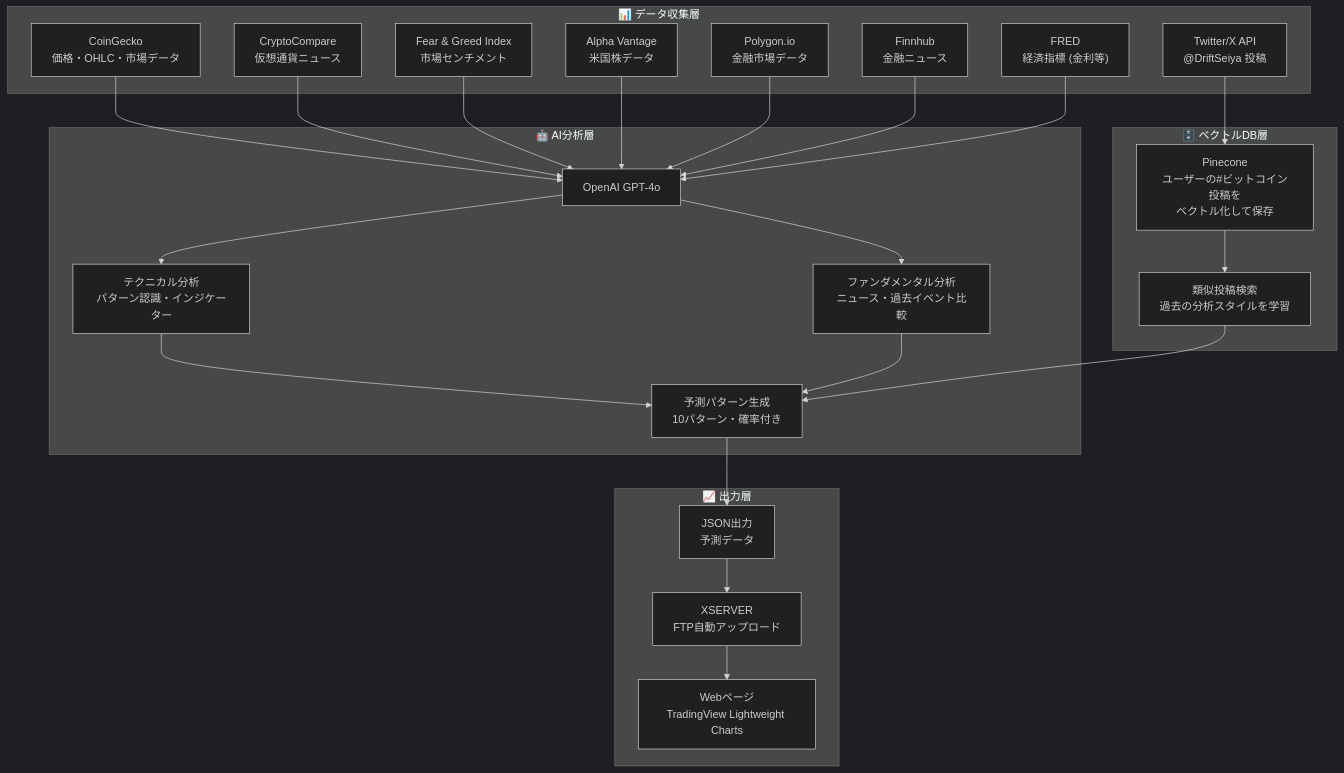
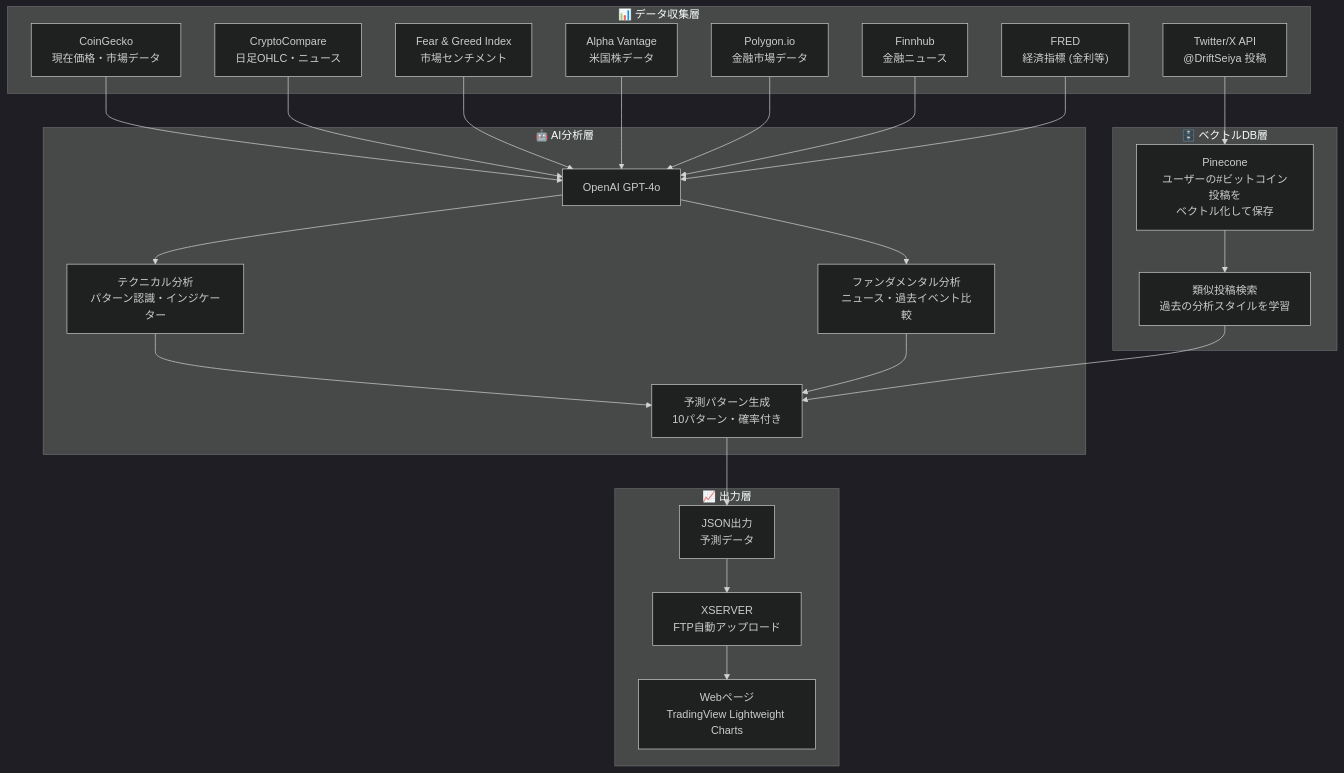
Before and after one commit to office8-inc/btc-investment-strategy: the first of 3 diagrams in .github/README.md, drawn with Mermaid (dark theme). The commit also changed other lines of this file and 5 other files, not shown here.

````diff
--- a/.github/README.md
+++ b/.github/README.md
@@ -19,51 +19,51 @@
 ```mermaid
 flowchart TB
     subgraph DataCollection["📊 データ収集層"]
-        CoinGecko["CoinGecko<br/>価格・OHLC・市場データ"]
+        CoinGecko["CoinGecko<br/>現在価格・市場データ"]
+        CryptoCompare["CryptoCompare<br/>日足OHLC・ニュース"]
         Twitter["Twitter/X API<br/>@DriftSeiya 投稿"]
-        CryptoNews["CryptoCompare<br/>仮想通貨ニュース"]
         FearGreed["Fear & Greed Index<br/>市場センチメント"]
         AlphaVantage["Alpha Vantage<br/>米国株データ"]
         Polygon["Polygon.io<br/>金融市場データ"]
         Finnhub["Finnhub<br/>金融ニュース"]
         FRED["FRED<br/>経済指標 (金利等)"]
     end
 
     subgraph AIAnalysis["🤖 AI分析層"]
         OpenAI["OpenAI GPT-4o"]
         Technical["テクニカル分析<br/>パターン認識・インジケーター"]
         Fundamental["ファンダメンタル分析<br/>ニュース・過去イベント比較"]
         Predictor["予測パターン生成<br/>10パターン・確率付き"]
     end
 
     subgraph VectorDB["🗄️ ベクトルDB層"]
         Pinecone["Pinecone<br/>ユーザーの#ビットコイン投稿を<br/>ベクトル化して保存"]
         SimilarSearch["類似投稿検索<br/>過去の分析スタイルを学習"]
     end
 
     subgraph Output["📈 出力層"]
         JSON["JSON出力<br/>予測データ"]
         XSERVER["XSERVER<br/>FTP自動アップロード"]
         WebChart["Webページ<br/>TradingView Lightweight Charts"]
     end
 
     CoinGecko --> OpenAI
+    CryptoCompare --> OpenAI
     Twitter --> Pinecone
-    CryptoNews --> OpenAI
     FearGreed --> OpenAI
     AlphaVantage --> OpenAI
     Polygon --> OpenAI
     Finnhub --> OpenAI
     FRED --> OpenAI
     
     OpenAI --> Technical
     OpenAI --> Fundamental
     Technical --> Predictor
     Fundamental --> Predictor
     Pinecone --> SimilarSearch
     SimilarSearch --> Predictor
     
     Predictor --> JSON
     JSON --> XSERVER
     XSERVER --> WebChart
 ```
````
